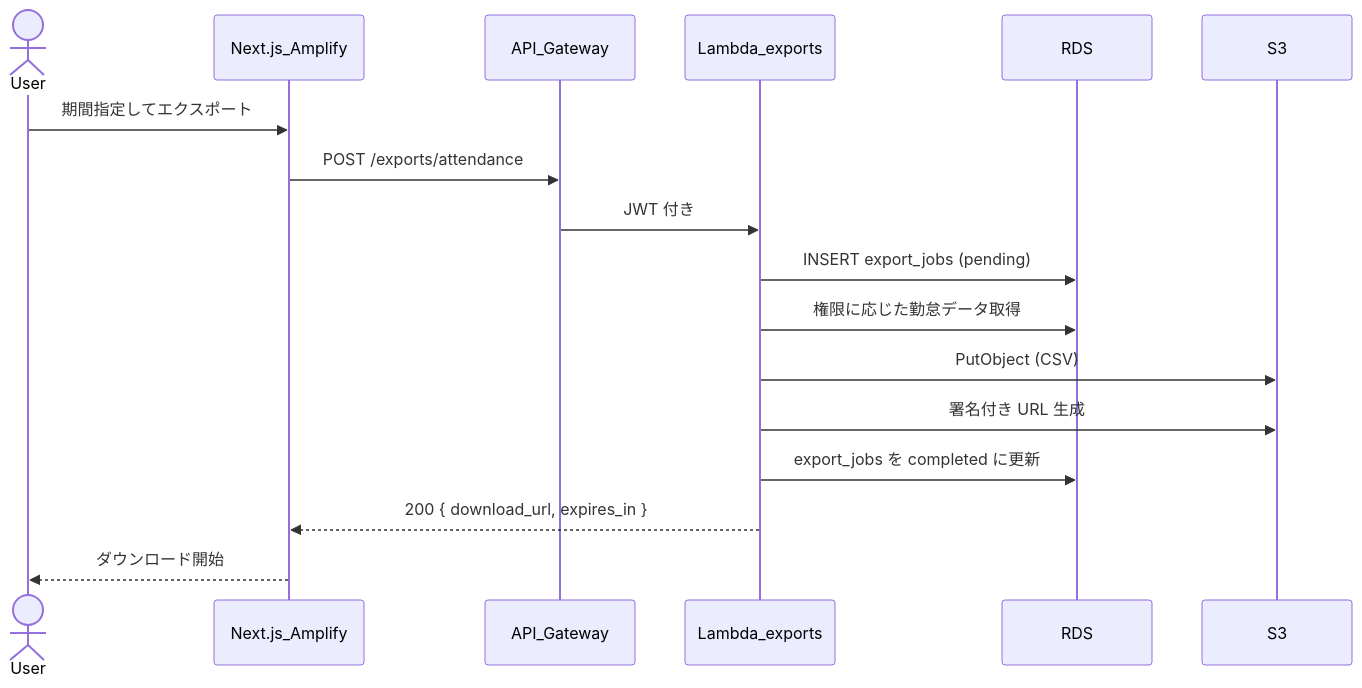
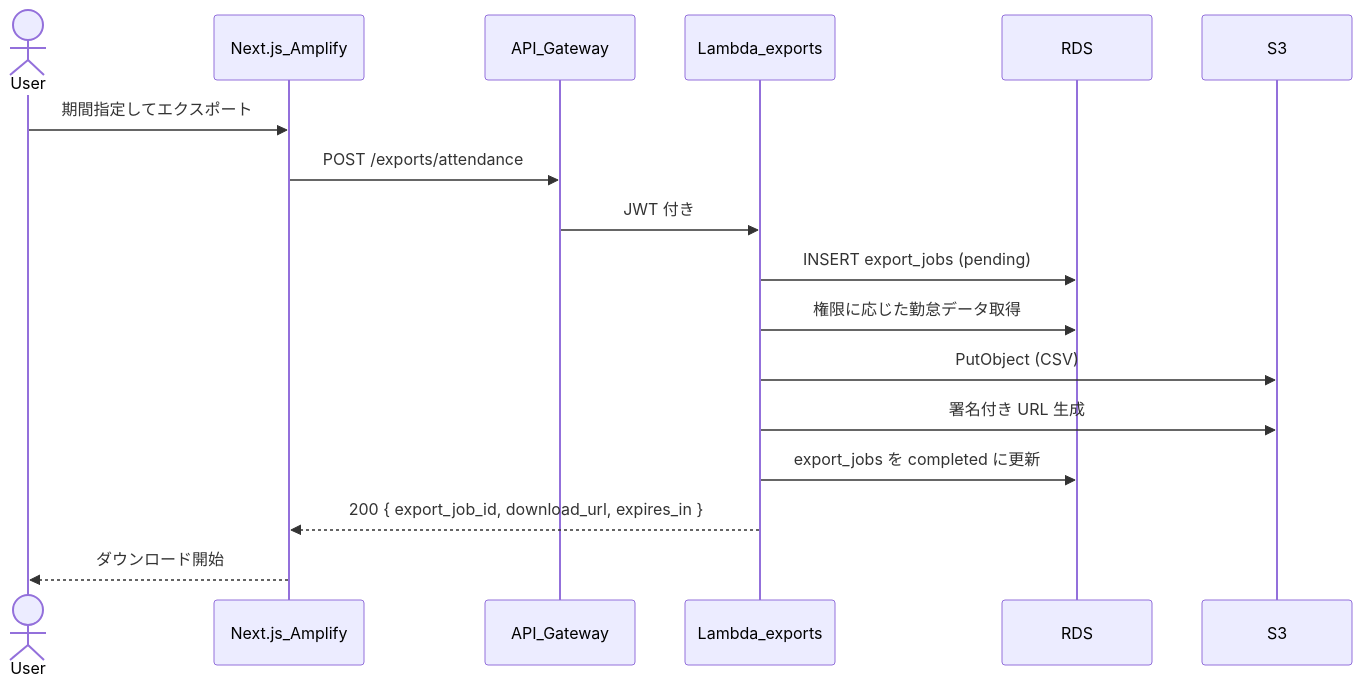
Before and after one commit to NomuraMitsuki/test_AWS: the fourth of 4 diagrams in docs/architecture/sequences.md, drawn with Mermaid. The commit also changed 3 other files, not shown here.

````diff
--- a/docs/architecture/sequences.md
+++ b/docs/architecture/sequences.md
@@ -76,20 +76,20 @@
 ```mermaid
 sequenceDiagram
   actor User
   participant Web as Next.js_Amplify
   participant APIGW as API_Gateway
   participant Lambda as Lambda_exports
   participant RDS
   participant S3
 
   User->>Web: 期間指定してエクスポート
   Web->>APIGW: POST /exports/attendance
   APIGW->>Lambda: JWT 付き
   Lambda->>RDS: INSERT export_jobs (pending)
   Lambda->>RDS: 権限に応じた勤怠データ取得
   Lambda->>S3: PutObject (CSV)
   Lambda->>S3: 署名付き URL 生成
   Lambda->>RDS: export_jobs を completed に更新
-  Lambda-->>Web: 200 { download_url, expires_in }
+  Lambda-->>Web: 200 { export_job_id, download_url, expires_in }
   Web-->>User: ダウンロード開始
 ```
````
